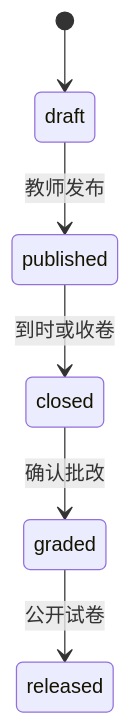
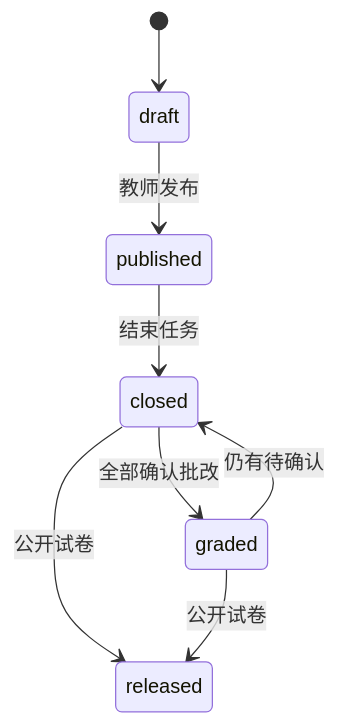
One commit to MorningSun-Hu/Online-Examination-System changed the third of 3 diagrams in docs/设计文档.md. Above: the diagram before and after it, drawn with Mermaid. The commit also changed other lines of this file and 30 other files, not shown here.

````diff
--- a/docs/设计文档.md
+++ b/docs/设计文档.md
@@ -143,8 +143,10 @@
 ```mermaid
 stateDiagram-v2
     [*] --> draft
     draft --> published: 教师发布
-    published --> closed: 到时或收卷
-    closed --> graded: 确认批改
+    published --> closed: 结束任务
+    closed --> graded: 全部确认批改
+    graded --> closed: 仍有待确认
+    closed --> released: 公开试卷
     graded --> released: 公开试卷
 ```
````
